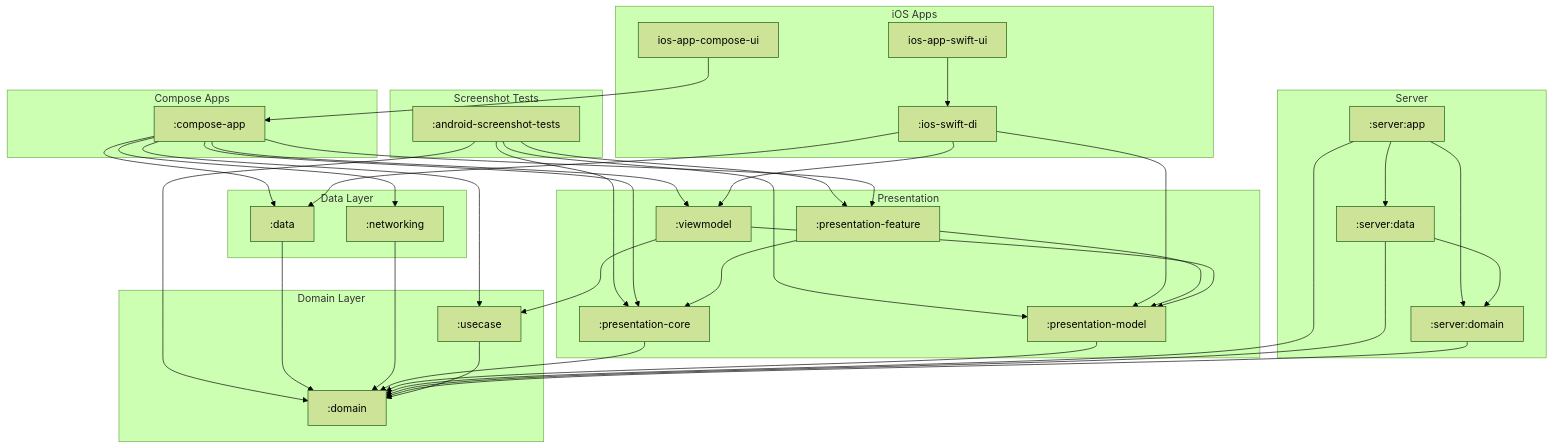
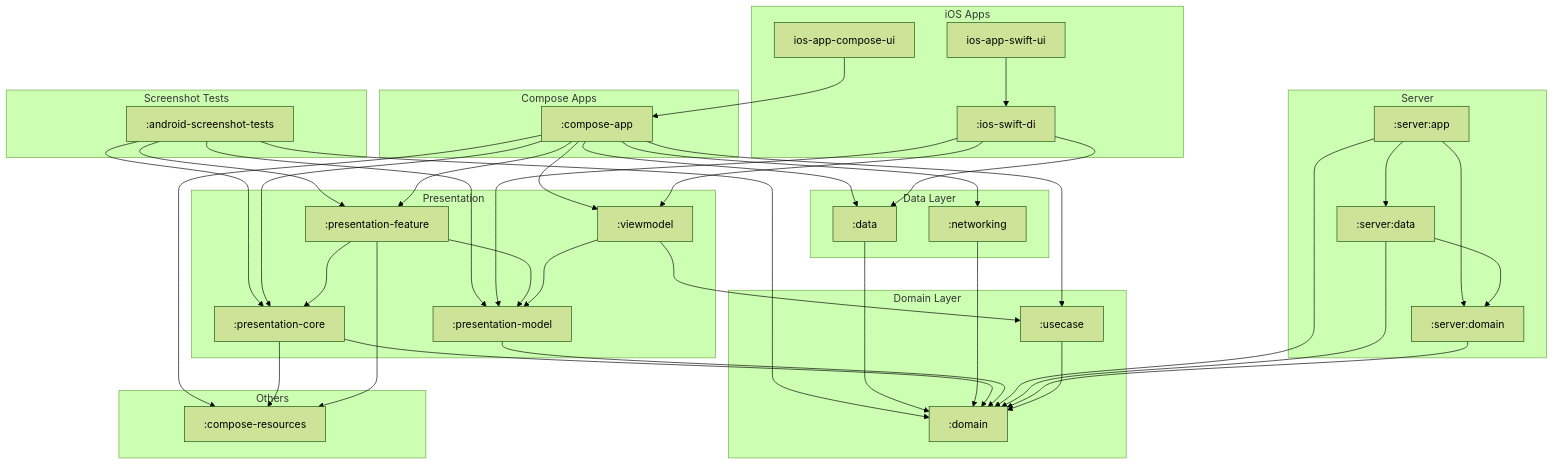
The diagram in docs/diagrams/full_system_structure.mmd (cartland/battery-butler), drawn with Mermaid (forest theme) before and after one commit. The commit also changed 18 other files, not shown here.

First line of the commit message:
Extract :compose-resources module and consolidate string logic

```diff
--- a/docs/diagrams/full_system_structure.mmd
+++ b/docs/diagrams/full_system_structure.mmd
@@ -1,83 +1,90 @@
 graph TD
     subgraph "iOS Apps"
         IosSwiftDi[":ios-swift-di"]
         IosAppComposeUi["ios-app-compose-ui"]
         IosAppSwiftUi["ios-app-swift-ui"]
     end
 
     subgraph "Compose Apps"
         ComposeApp[":compose-app"]
     end
 
     subgraph "Server"
         ServerApp[":server:app"]
         ServerData[":server:data"]
         ServerDomain[":server:domain"]
     end
 
     subgraph "Presentation"
         PresentationCore[":presentation-core"]
         PresentationFeature[":presentation-feature"]
         PresentationModel[":presentation-model"]
         Viewmodel[":viewmodel"]
     end
 
     subgraph "Domain Layer"
         Domain[":domain"]
         Usecase[":usecase"]
     end
 
     subgraph "Data Layer"
         Data[":data"]
         Networking[":networking"]
     end
 
     subgraph "Screenshot Tests"
         AndroidScreenshotTests[":android-screenshot-tests"]
     end
 
+    subgraph "Others"
+        ComposeResources[":compose-resources"]
+    end
+
     %% Dependencies
     AndroidScreenshotTests --> Domain
     AndroidScreenshotTests --> PresentationCore
     AndroidScreenshotTests --> PresentationFeature
     AndroidScreenshotTests --> PresentationModel
 
+    ComposeApp --> ComposeResources
     ComposeApp --> Data
     ComposeApp --> Networking
     ComposeApp --> PresentationCore
     ComposeApp --> PresentationFeature
     ComposeApp --> Usecase
     ComposeApp --> Viewmodel
 
     Data --> Domain
 
     IosSwiftDi --> Data
     IosSwiftDi --> PresentationModel
     IosSwiftDi --> Viewmodel
 
     Networking --> Domain
 
+    PresentationCore --> ComposeResources
     PresentationCore --> Domain
 
+    PresentationFeature --> ComposeResources
     PresentationFeature --> PresentationCore
     PresentationFeature --> PresentationModel
 
     PresentationModel --> Domain
 
     ServerApp --> Domain
     ServerApp --> ServerData
     ServerApp --> ServerDomain
 
     ServerData --> Domain
     ServerData --> ServerDomain
 
     ServerDomain --> Domain
 
     Usecase --> Domain
 
     Viewmodel --> PresentationModel
     Viewmodel --> Usecase
 
     IosAppComposeUi --> ComposeApp
 
     IosAppSwiftUi --> IosSwiftDi
```
